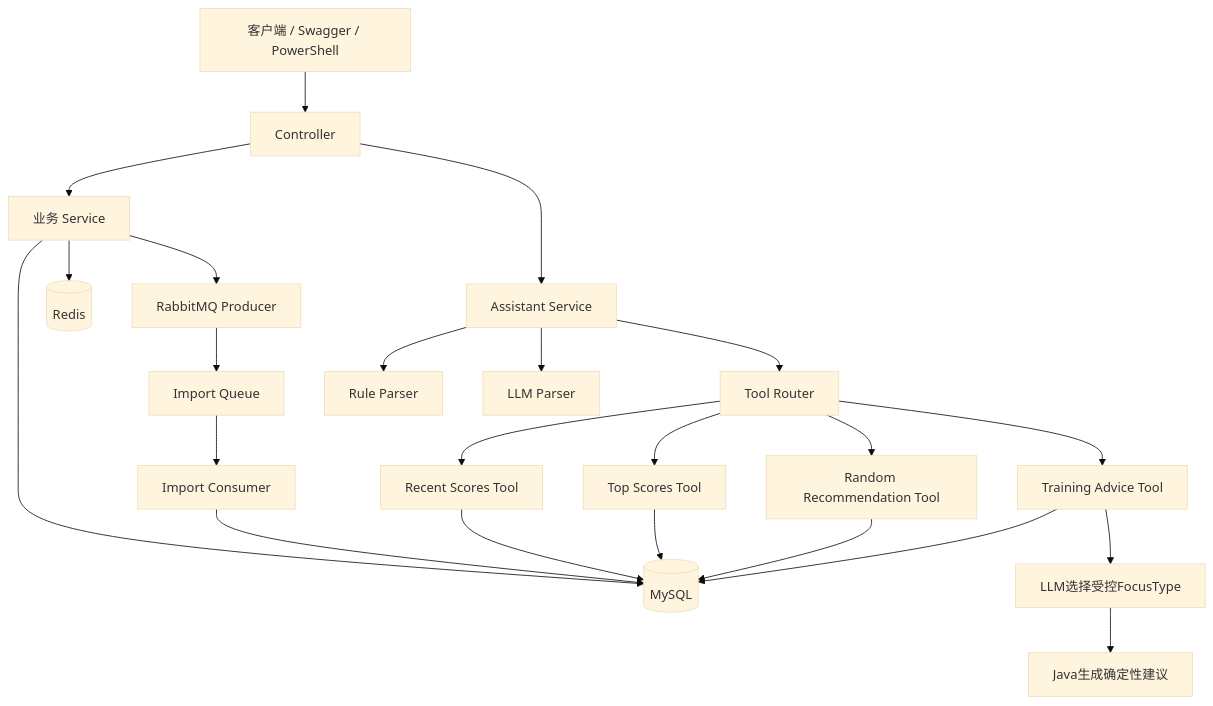
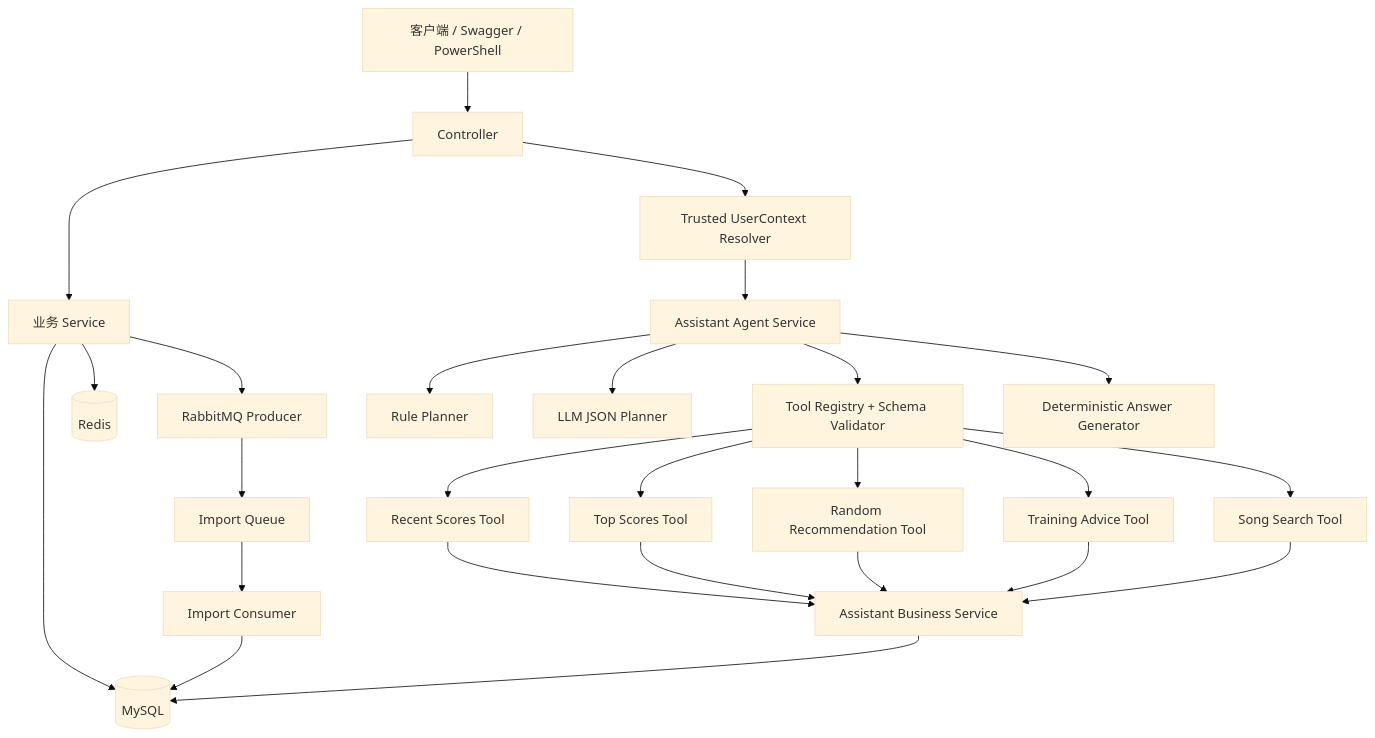
Before and after one commit to PROPOSEss/maimaiDX: the first of 2 diagrams in README.md, drawn with Mermaid (base theme). The commit also changed other lines of this file and 54 other files, not shown here.

Commit message:
feat: upgrade assistant to lightweight agent

````diff
--- a/README.md
+++ b/README.md
@@ -72,33 +73,34 @@
 ```mermaid
 flowchart TD
     Client["客户端 / Swagger / PowerShell"] --> Controller["Controller"]
 
     Controller --> BusinessService["业务 Service"]
-    Controller --> AssistantService["Assistant Service"]
+    Controller --> UserContext["Trusted UserContext Resolver"]
+    UserContext --> AgentService["Assistant Agent Service"]
 
     BusinessService --> MySQL[("MySQL")]
     BusinessService --> Redis[("Redis")]
 
     BusinessService --> Producer["RabbitMQ Producer"]
     Producer --> Queue["Import Queue"]
     Queue --> Consumer["Import Consumer"]
     Consumer --> MySQL
 
-    AssistantService --> RuleParser["Rule Parser"]
-    AssistantService --> LlmParser["LLM Parser"]
+    AgentService --> RulePlanner["Rule Planner"]
+    AgentService --> LlmPlanner["LLM JSON Planner"]
+    AgentService --> Registry["Tool Registry + Schema Validator"]
 
-    AssistantService --> ToolRouter["Tool Router"]
+    Registry --> Recent["Recent Scores Tool"]
+    Registry --> Top["Top Scores Tool"]
+    Registry --> Random["Random Recommendation Tool"]
+    Registry --> Advice["Training Advice Tool"]
+    Registry --> Search["Song Search Tool"]
 
-    ToolRouter --> Recent["Recent Scores Tool"]
-    ToolRouter --> Top["Top Scores Tool"]
-    ToolRouter --> Random["Random Recommendation Tool"]
-    ToolRouter --> Advice["Training Advice Tool"]
-
-    Recent --> MySQL
-    Top --> MySQL
-    Random --> MySQL
-    Advice --> MySQL
-
-    Advice --> LLM["LLM选择受控FocusType"]
-    LLM --> JavaTemplate["Java生成确定性建议"]
+    Recent --> AssistantBusiness["Assistant Business Service"]
+    Top --> AssistantBusiness
+    Random --> AssistantBusiness
+    Advice --> AssistantBusiness
+    Search --> AssistantBusiness
+    AssistantBusiness --> MySQL
+    AgentService --> Answer["Deterministic Answer Generator"]
 ```
````
